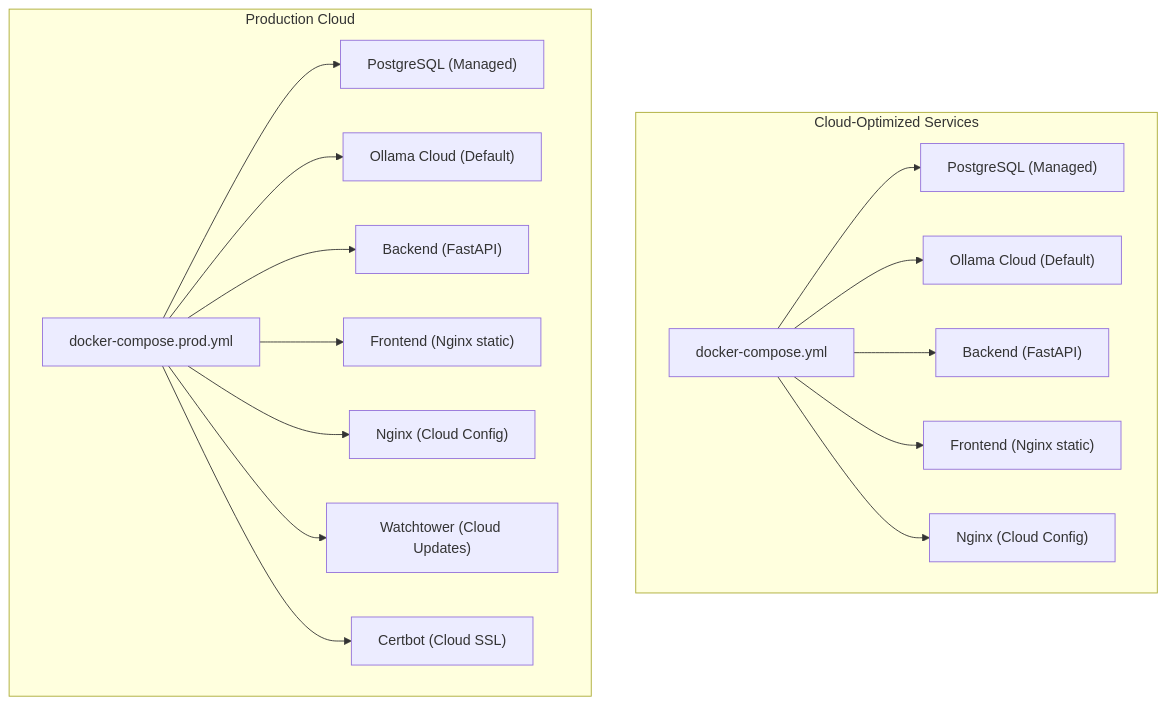
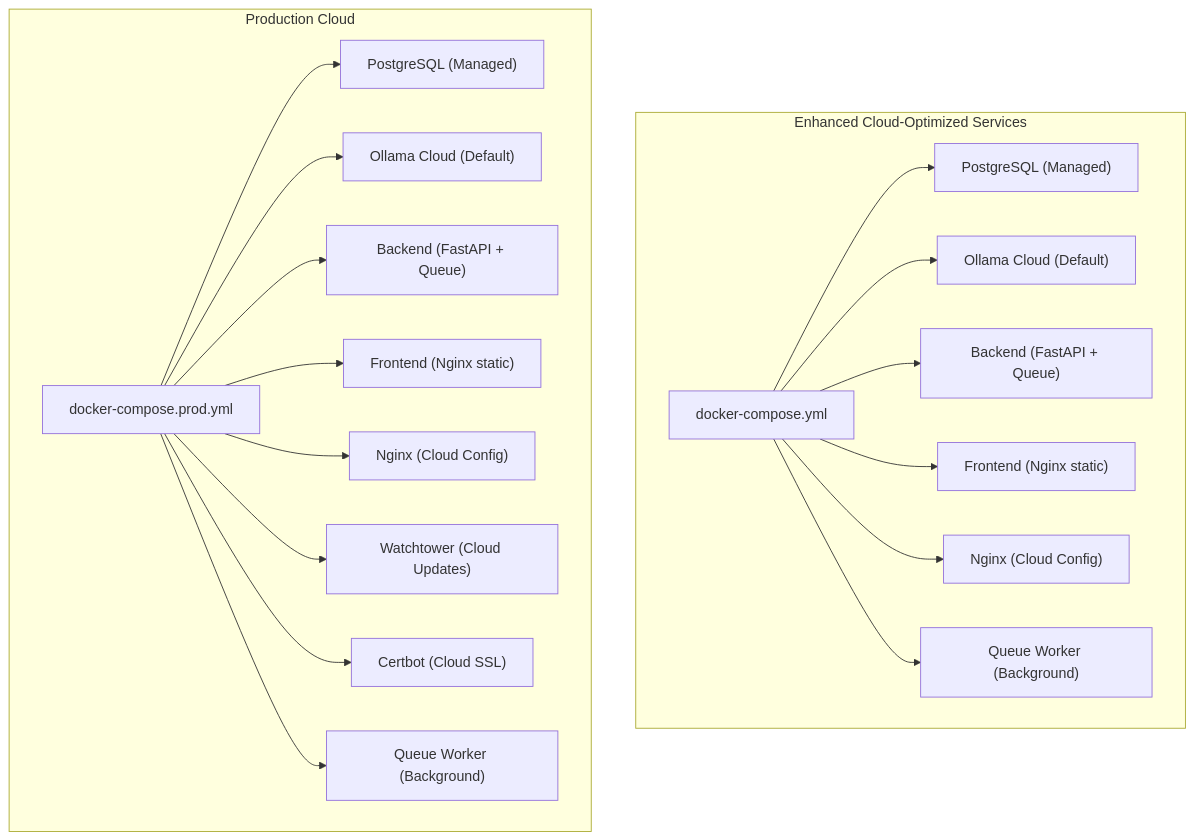
Before and after one commit to Revanththetalogics/aireume: the second of 12 diagrams in .qoder/repowiki/en/content/Deployment & DevOps/Deployment & DevOps.md, drawn with Mermaid. The commit also changed other lines of this file and 20 other files, not shown here.

````diff
--- a/.qoder/repowiki/en/content/Deployment & DevOps/Deployment & DevOps.md
+++ b/.qoder/repowiki/en/content/Deployment & DevOps/Deployment & DevOps.md
@@ -93,21 +110,23 @@
 ```mermaid
 graph TB
-subgraph "Cloud-Optimized Services"
+subgraph "Enhanced Cloud-Optimized Services"
 DCDev["docker-compose.yml"]
 DCDev --> PostgresDev["PostgreSQL (Managed)"]
 DCDev --> OllamaCloudDev["Ollama Cloud (Default)"]
-DCDev --> BackendDev["Backend (FastAPI)"]
+DCDev --> BackendDev["Backend (FastAPI + Queue)"]
 DCDev --> FrontendDev["Frontend (Nginx static)"]
 DCDev --> NginxDev["Nginx (Cloud Config)"]
+DCDev --> QueueWorkerDev["Queue Worker (Background)"]
 end
 subgraph "Production Cloud"
 DCP["docker-compose.prod.yml"]
 DCP --> PostgresProd["PostgreSQL (Managed)"]
 DCP --> OllamaCloudProd["Ollama Cloud (Default)"]
-DCP --> BackendProd["Backend (FastAPI)"]
+DCP --> BackendProd["Backend (FastAPI + Queue)"]
 DCP --> FrontendProd["Frontend (Nginx static)"]
 DCP --> NginxProd["Nginx (Cloud Config)"]
 DCP --> Watchtower["Watchtower (Cloud Updates)"]
 DCP --> Certbot["Certbot (Cloud SSL)"]
+DCP --> QueueWorkerProd["Queue Worker (Background)"]
 end
 ```
````
